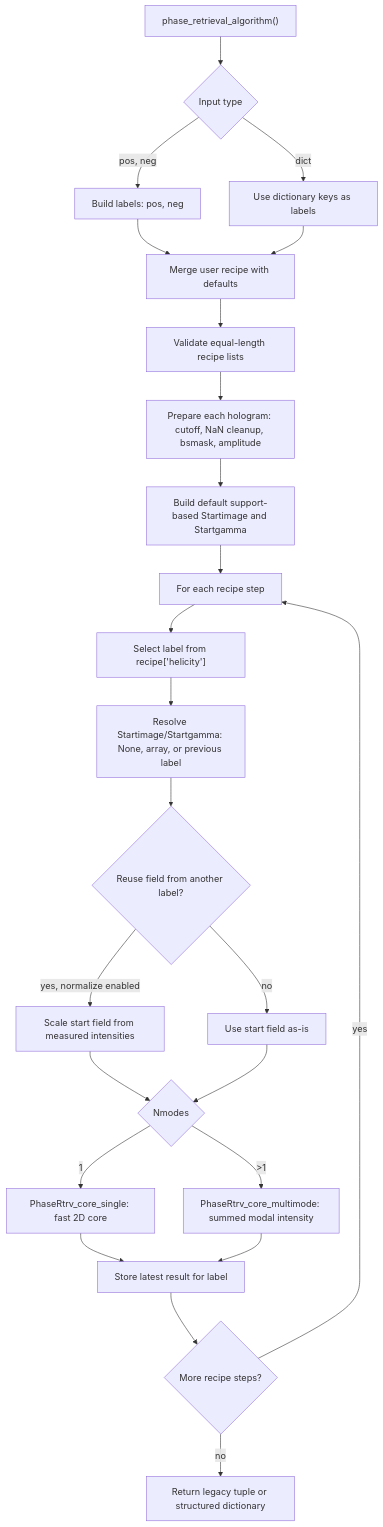
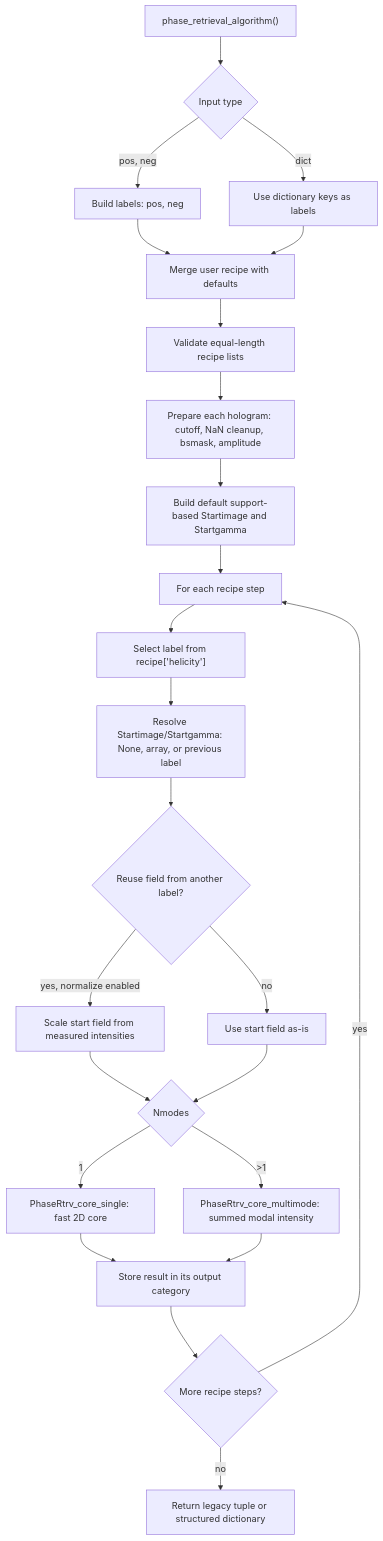
The diagram in docs/phase_retrieval_core_unified.md (riccbatt/FTH-Phase-Retrieval-2609-SOLEIL-SEXTANTS), drawn with Mermaid before and after one commit. The commit also changed other lines of this file and 2 other files, not shown here.

Commit message:
Remove latest output from unified retrieval

````diff
--- a/docs/phase_retrieval_core_unified.md
+++ b/docs/phase_retrieval_core_unified.md
@@ -113,26 +113,26 @@
 ```mermaid
 flowchart TD
     A["phase_retrieval_algorithm()"] --> B{"Input type"}
     B -->|"pos, neg"| C["Build labels: pos, neg"]
     B -->|"dict"| D["Use dictionary keys as labels"]
     C --> E["Merge user recipe with defaults"]
     D --> E
     E --> F["Validate equal-length recipe lists"]
     F --> G["Prepare each hologram: cutoff, NaN cleanup, bsmask, amplitude"]
     G --> H["Build default support-based Startimage and Startgamma"]
     H --> I["For each recipe step"]
     I --> J["Select label from recipe['helicity']"]
     J --> K["Resolve Startimage/Startgamma: None, array, or previous label"]
     K --> L{"Reuse field from another label?"}
     L -->|"yes, normalize enabled"| M["Scale start field from measured intensities"]
     L -->|"no"| N["Use start field as-is"]
     M --> O{"Nmodes"}
     N --> O
     O -->|"1"| P["PhaseRtrv_core_single: fast 2D core"]
     O -->|">1"| Q["PhaseRtrv_core_multimode: summed modal intensity"]
-    P --> R["Store latest result for label"]
+    P --> R["Store result in its output category"]
     Q --> R
     R --> S{"More recipe steps?"}
     S -->|"yes"| I
     S -->|"no"| T["Return legacy tuple or structured dictionary"]
 ```
````
